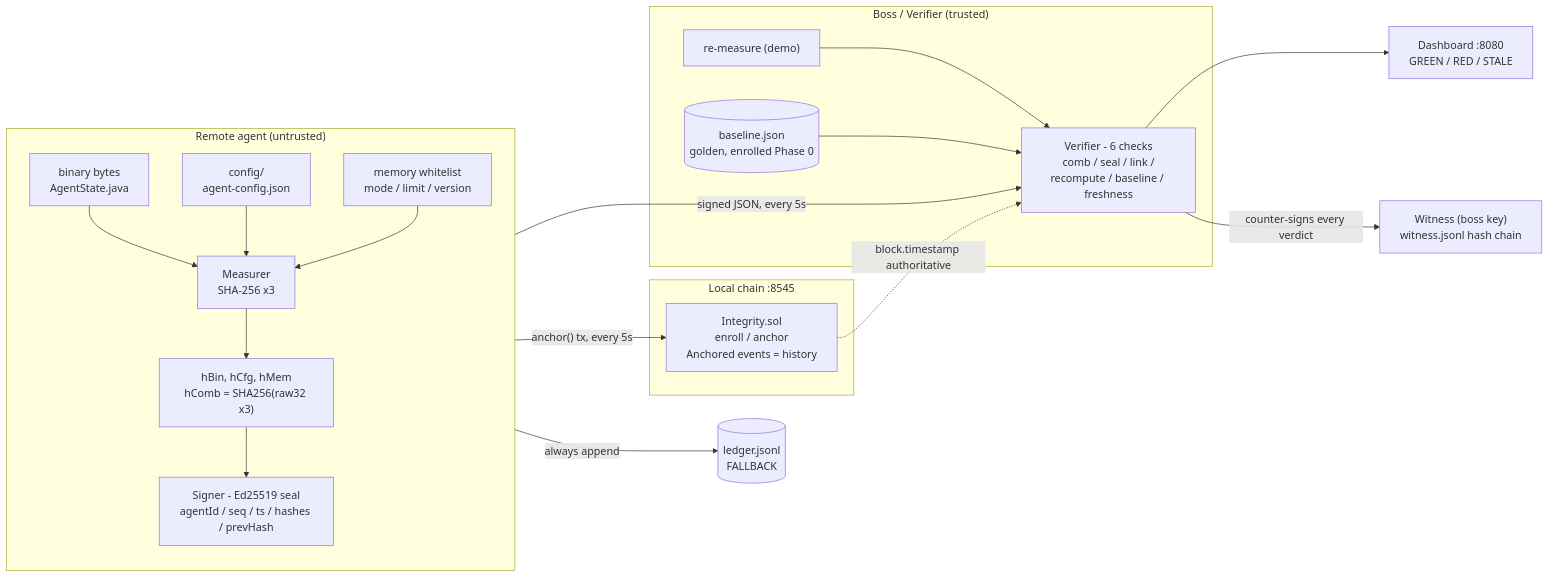
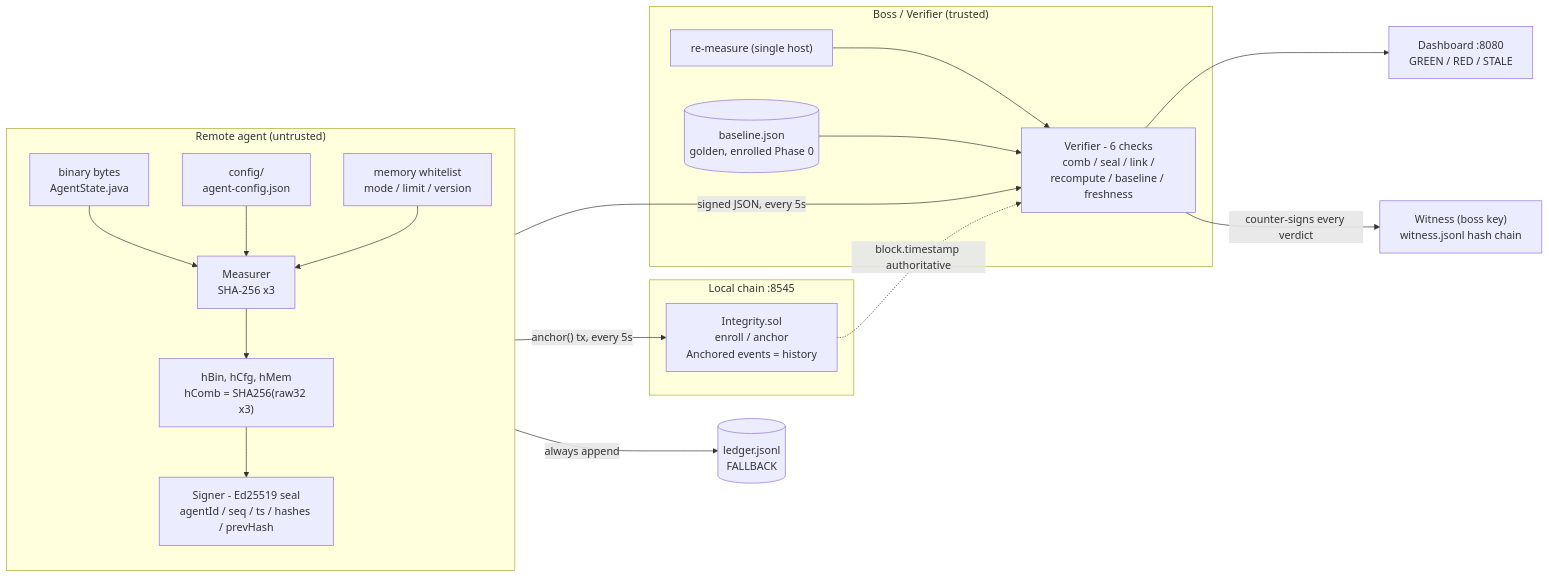
Before and after one commit to rajit2004/Decentralized-Runtime-Integrity-Engine-for-Remote-Agents: the first of 2 diagrams in README.md, drawn with Mermaid. The commit also changed other lines of this file and 12 other files, not shown here.

````diff
--- a/README.md
+++ b/README.md
@@ -59,27 +59,27 @@
 ```mermaid
 flowchart LR
   subgraph AGENT["Remote agent (untrusted)"]
     direction TB
     B1["binary bytes<br/>AgentState.java"] --> M["Measurer<br/>SHA-256 x3"]
     B2["config/<br/>agent-config.json"] --> M
     B3["memory whitelist<br/>mode / limit / version"] --> M
     M --> H["hBin, hCfg, hMem<br/>hComb = SHA256(raw32 x3)"]
     H --> S["Signer - Ed25519 seal<br/>agentId / seq / ts / hashes / prevHash"]
   end
 
   subgraph CHAIN["Local chain :8545"]
     SOL["Integrity.sol<br/>enroll / anchor<br/>Anchored events = history"]
   end
 
   subgraph BOSS["Boss / Verifier (trusted)"]
-    RE["re-measure (demo)"] --> V["Verifier - 6 checks<br/>comb / seal / link /<br/>recompute / baseline / freshness"]
+    RE["re-measure (single host)"] --> V["Verifier - 6 checks<br/>comb / seal / link /<br/>recompute / baseline / freshness"]
     BASE[("baseline.json<br/>golden, enrolled Phase 0")] --> V
   end
 
   S -->|"signed JSON, every 5s"| V
   S -->|"anchor() tx, every 5s"| SOL
   S -->|"always append"| LED[("ledger.jsonl<br/>FALLBACK")]
   SOL -. "block.timestamp authoritative" .-> V
   V --> D["Dashboard :8080<br/>GREEN / RED / STALE"]
   V -->|"counter-signs every verdict"| W["Witness (boss key)<br/>witness.jsonl hash chain"]
 ```
````
